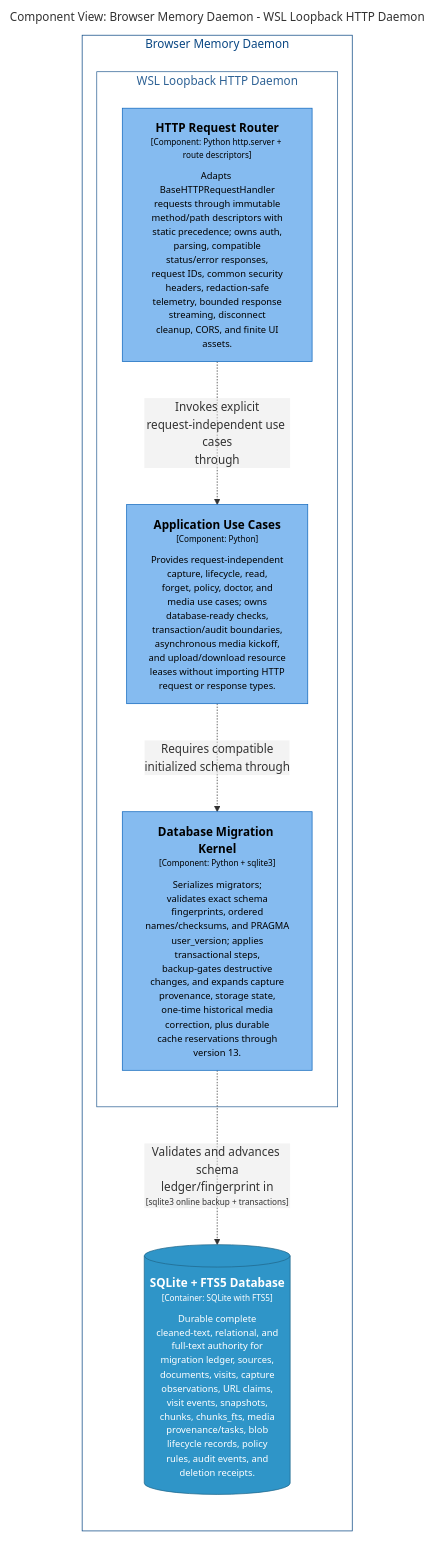
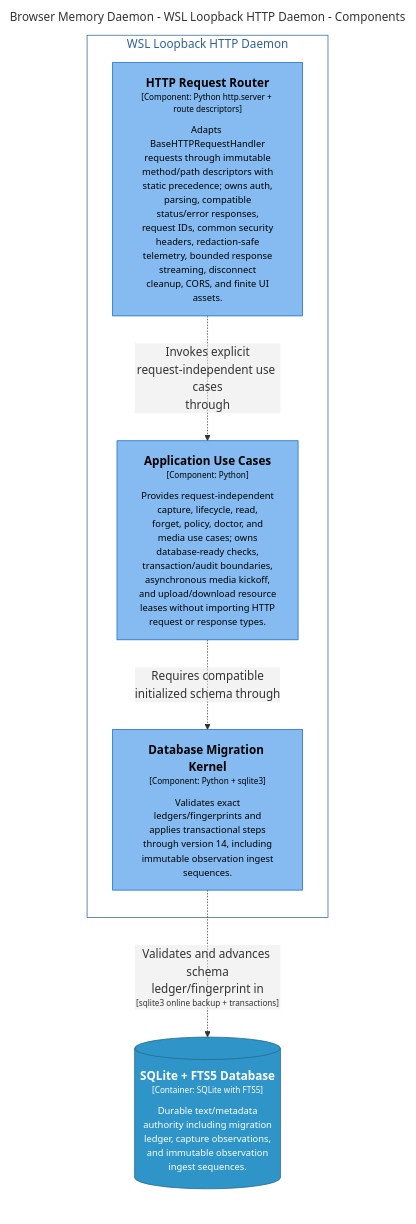
One commit to michaelnicks0/browser-memory-daemon changed the diagram in docs/architecture/diagrams/markdown/DaemonMigrationComponents.md. Above: the diagram before and after it, drawn with Mermaid. The commit also changed 331 other files, not shown here.

Commit message:
docs: refresh architecture and publish surfaces

````diff
--- a/docs/architecture/diagrams/markdown/DaemonMigrationComponents.md
+++ b/docs/architecture/diagrams/markdown/DaemonMigrationComponents.md
@@ -16,31 +16,26 @@
 ```mermaid
 graph LR
   linkStyle default fill:#ffffff
 
-  subgraph diagram ["Component View: Browser Memory Daemon - WSL Loopback HTTP Daemon"]
+  subgraph diagram ["Browser Memory Daemon - WSL Loopback HTTP Daemon - Components"]
     style diagram fill:#ffffff,stroke:#ffffff
 
-    subgraph 4 ["Browser Memory Daemon"]
-      style 4 fill:#ffffff,stroke:#0b4884,color:#0b4884
+    49[("<div style='font-weight: bold'>SQLite + FTS5 Database</div><div style='font-size: 70%; margin-top: 0px'>[Container: SQLite with FTS5]</div><div style='font-size: 80%; margin-top:10px'>Durable text/metadata<br />authority including migration<br />ledger, capture observations,<br />and immutable observation<br />ingest sequences.</div>")]
+    style 49 fill:#2f95c8,stroke:#20688c,color:#ffffff
 
-      subgraph 22 ["WSL Loopback HTTP Daemon"]
-        style 22 fill:#ffffff,stroke:#2e6295,color:#2e6295
+    subgraph 22 ["WSL Loopback HTTP Daemon"]
+      style 22 fill:#ffffff,stroke:#2e6295,color:#2e6295
 
-        23["<div style='font-weight: bold'>HTTP Request Router</div><div style='font-size: 70%; margin-top: 0px'>[Component: Python http.server + route descriptors]</div><div style='font-size: 80%; margin-top:10px'>Adapts BaseHTTPRequestHandler<br />requests through immutable<br />method/path descriptors with<br />static precedence; owns auth,<br />parsing, compatible<br />status/error responses,<br />request IDs, common security<br />headers, redaction-safe<br />telemetry, bounded response<br />streaming, disconnect<br />cleanup, CORS, and finite UI<br />assets.</div>"]
-        style 23 fill:#85bbf0,stroke:#1168bd,color:#000000
-        24["<div style='font-weight: bold'>Application Use Cases</div><div style='font-size: 70%; margin-top: 0px'>[Component: Python]</div><div style='font-size: 80%; margin-top:10px'>Provides request-independent<br />capture, lifecycle, read,<br />forget, policy, doctor, and<br />media use cases; owns<br />database-ready checks,<br />transaction/audit boundaries,<br />asynchronous media kickoff,<br />and upload/download resource<br />leases without importing HTTP<br />request or response types.</div>"]
-        style 24 fill:#85bbf0,stroke:#1168bd,color:#000000
-        25["<div style='font-weight: bold'>Database Migration Kernel</div><div style='font-size: 70%; margin-top: 0px'>[Component: Python + sqlite3]</div><div style='font-size: 80%; margin-top:10px'>Serializes migrators;<br />validates exact schema<br />fingerprints, ordered<br />names/checksums, and PRAGMA<br />user_version; applies<br />transactional steps,<br />backup-gates destructive<br />changes, and expands capture<br />provenance, storage state,<br />one-time historical media<br />correction, plus durable<br />cache reservations through<br />version 13.</div>"]
-        style 25 fill:#85bbf0,stroke:#1168bd,color:#000000
-      end
-
-      48[("<div style='font-weight: bold'>SQLite + FTS5 Database</div><div style='font-size: 70%; margin-top: 0px'>[Container: SQLite with FTS5]</div><div style='font-size: 80%; margin-top:10px'>Durable complete<br />cleaned-text, relational, and<br />full-text authority for<br />migration ledger, sources,<br />documents, visits, capture<br />observations, URL claims,<br />visit events, snapshots,<br />chunks, chunks_fts, media<br />provenance/tasks, blob<br />lifecycle records, policy<br />rules, audit events, and<br />deletion receipts.</div>")]
-      style 48 fill:#2f95c8,stroke:#20688c,color:#ffffff
+      23["<div style='font-weight: bold'>HTTP Request Router</div><div style='font-size: 70%; margin-top: 0px'>[Component: Python http.server + route descriptors]</div><div style='font-size: 80%; margin-top:10px'>Adapts BaseHTTPRequestHandler<br />requests through immutable<br />method/path descriptors with<br />static precedence; owns auth,<br />parsing, compatible<br />status/error responses,<br />request IDs, common security<br />headers, redaction-safe<br />telemetry, bounded response<br />streaming, disconnect<br />cleanup, CORS, and finite UI<br />assets.</div>"]
+      style 23 fill:#85bbf0,stroke:#1168bd,color:#000000
+      24["<div style='font-weight: bold'>Application Use Cases</div><div style='font-size: 70%; margin-top: 0px'>[Component: Python]</div><div style='font-size: 80%; margin-top:10px'>Provides request-independent<br />capture, lifecycle, read,<br />forget, policy, doctor, and<br />media use cases; owns<br />database-ready checks,<br />transaction/audit boundaries,<br />asynchronous media kickoff,<br />and upload/download resource<br />leases without importing HTTP<br />request or response types.</div>"]
+      style 24 fill:#85bbf0,stroke:#1168bd,color:#000000
+      25["<div style='font-weight: bold'>Database Migration Kernel</div><div style='font-size: 70%; margin-top: 0px'>[Component: Python + sqlite3]</div><div style='font-size: 80%; margin-top:10px'>Validates exact<br />ledgers/fingerprints and<br />applies transactional steps<br />through version 14, including<br />immutable observation ingest<br />sequences.</div>"]
+      style 25 fill:#85bbf0,stroke:#1168bd,color:#000000
     end
 
     23-. "<div>Invokes explicit<br />request-independent use cases<br />through</div><div style='font-size: 70%'></div>" .->24
     24-. "<div>Requires compatible<br />initialized schema through</div><div style='font-size: 70%'></div>" .->25
-    25-. "<div>Validates and advances schema<br />ledger/fingerprint in</div><div style='font-size: 70%'>[sqlite3 online backup + transactions]</div>" .->48
-
+    25-. "<div>Validates and advances schema<br />ledger/fingerprint in</div><div style='font-size: 70%'>[sqlite3 online backup + transactions]</div>" .->49
   end
 ```
````
